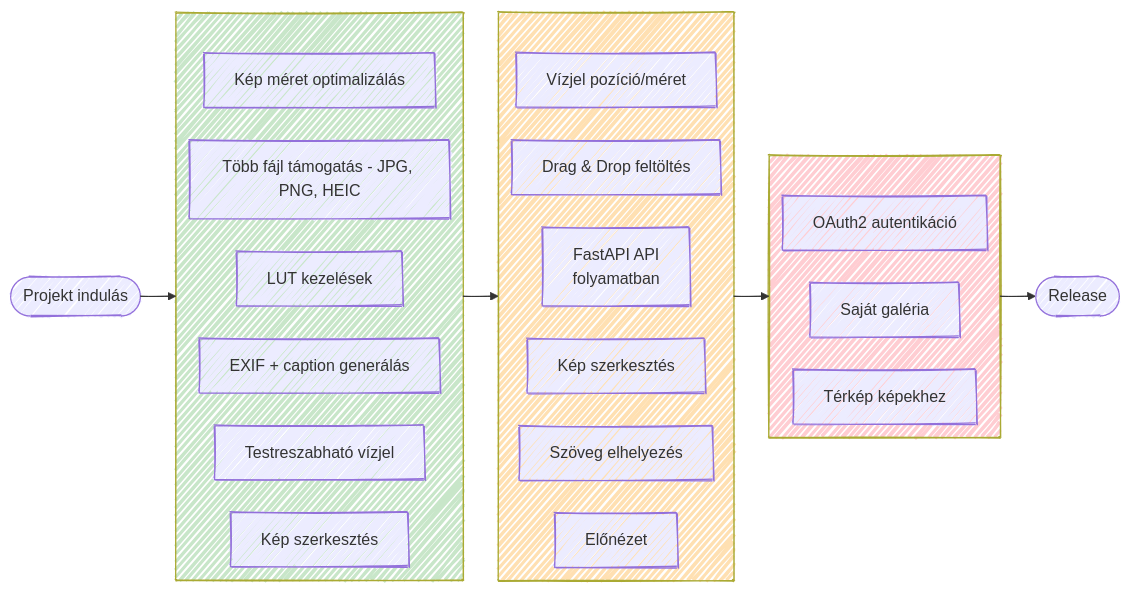
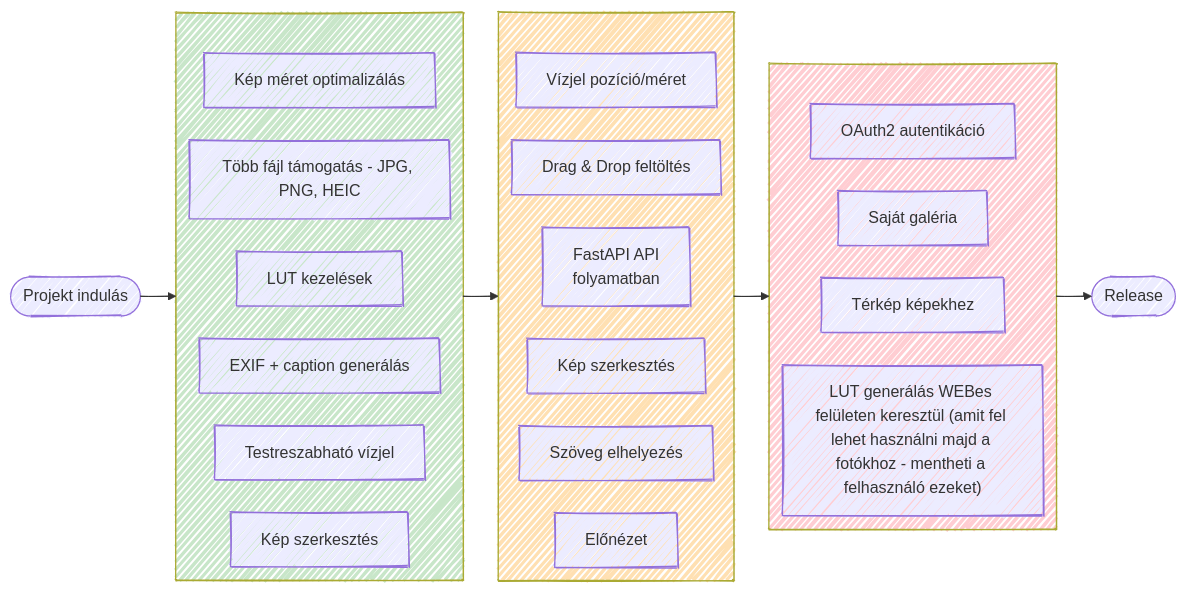
The first of 2 diagrams in README.md (bencso/ImgPrew), drawn with Mermaid before and after one commit. The commit also changed other lines of this file, not shown here.

````diff
--- a/README.md
+++ b/README.md
@@ -61,38 +64,39 @@
 ```mermaid
 ---
 config:
   look: handDrawn
   layout: elk
 ---
 flowchart LR
  subgraph MVP["<br>"]
         m1["Több fájl támogatás - JPG, PNG, HEIC"]
         m2["EXIF + caption generálás"]
         m3["Kép méret optimalizálás"]
         m4["Testreszabható vízjel"]
         m5["Kép szerkesztés"]
         m6["LUT kezelések"]
   end
  subgraph WEB["<br>"]
         w1["Drag & Drop feltöltés"]
         w2["Kép szerkesztés"]
         w3["Vízjel pozíció/méret"]
         w4["Szöveg elhelyezés"]
         w5["Előnézet"]
         w6["FastAPI API\nfolyamatban"]
   end
  subgraph ADV["</br>"]
         a1["Saját galéria"]
         a2["Térkép képekhez"]
         a3["OAuth2 autentikáció"]
+        a4["LUT generálás WEBes felületen keresztül (amit fel lehet használni majd a fotókhoz - mentheti a felhasználó ezeket)"]
   end
     Start["Projekt indulás"] --> MVP
     MVP --> WEB
     WEB --> ADV
     ADV --> End(["Release"])
 
     Start@{ shape: terminal}
     style MVP fill:#C8E6C9,color:#00C853
     style WEB fill:#FFE0B2
     style ADV fill:#FFCDD2
 ```
````
